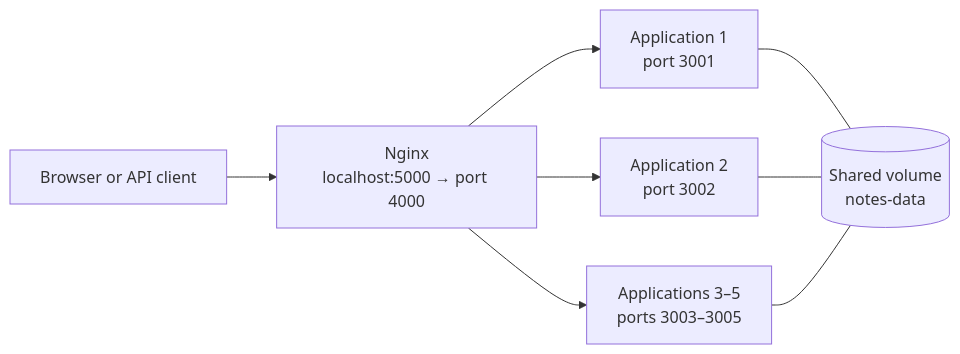
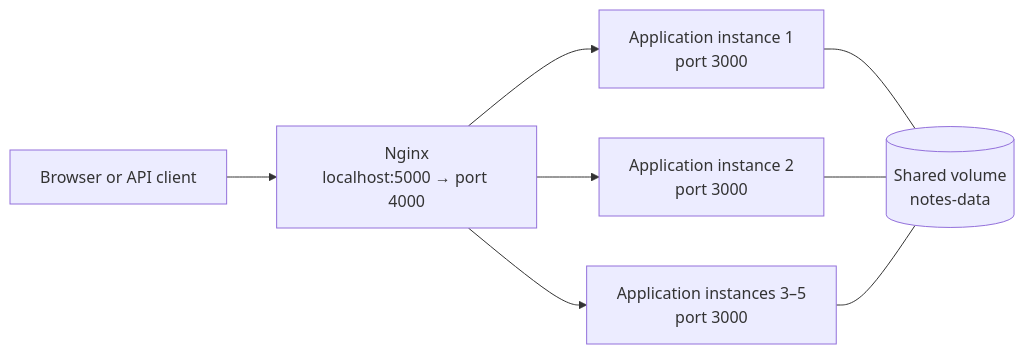
The diagram in README.md (Alexmir888/digi-tech-one), drawn with Mermaid before and after one commit. The commit also changed other lines of this file and 2 other files, not shown here.

````diff
--- a/README.md
+++ b/README.md
@@ -107,17 +105,17 @@
 ```mermaid
 flowchart LR
     User["Browser or API client"]
     Nginx["Nginx<br/>localhost:5000 → port 4000"]
-    App1["Application 1<br/>port 3001"]
-    App2["Application 2<br/>port 3002"]
-    AppN["Applications 3–5<br/>ports 3003–3005"]
+    App1["Application instance 1<br/>port 3000"]
+    App2["Application instance 2<br/>port 3000"]
+    AppN["Application instances 3–5<br/>port 3000"]
     Volume[("Shared volume<br/>notes-data")]
 
     User --> Nginx
     Nginx --> App1
     Nginx --> App2
     Nginx --> AppN
     App1 --- Volume
     App2 --- Volume
     AppN --- Volume
 ```
````
